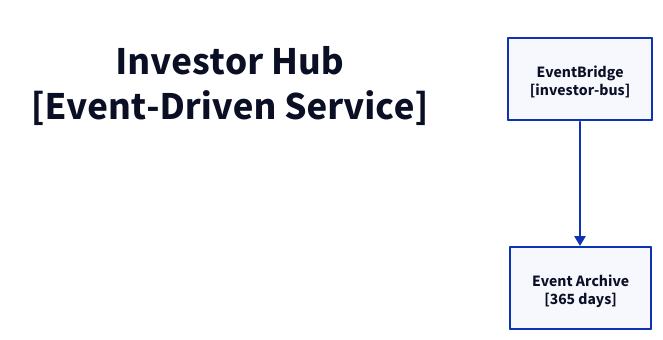
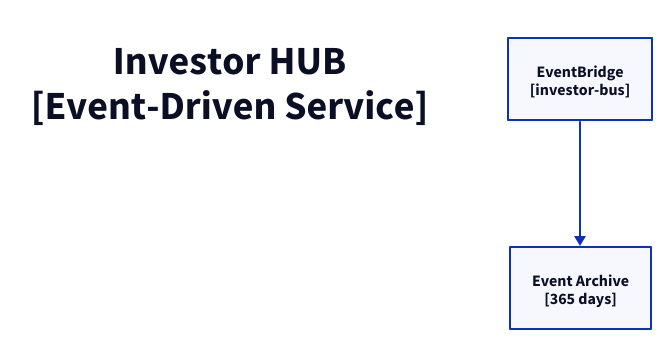
Before and after one commit to fabio-vitali/nestfolio: the diagram in docs/architecture/c3/investor-hub.d2, drawn with D2. The commit also changed 57 other files, not shown here.

Commit message:
fix: c4 diagrams fixes

```diff
--- a/docs/architecture/c3/investor-hub.d2
+++ b/docs/architecture/c3/investor-hub.d2
@@ -1,11 +1,11 @@
 direction: down
 
-title: "Investor Hub\n[Event-Driven Service]" {
+title: "Investor HUB\n[Event-Driven Service]" {
   style: { font-size: 40; bold: true; fill: transparent; stroke: transparent }
 }
 
 investor-bus: "EventBridge\n[investor-bus]" { class: aws-eventbridge }
 archive: "Event Archive\n[365 days]" { class: aws-s3 }
 investor-bus -> archive
 
 # Flows
```
